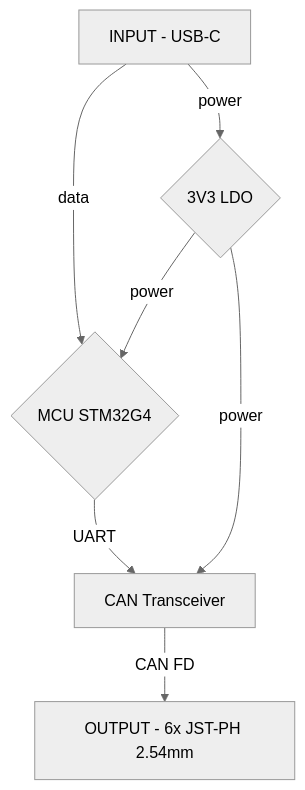
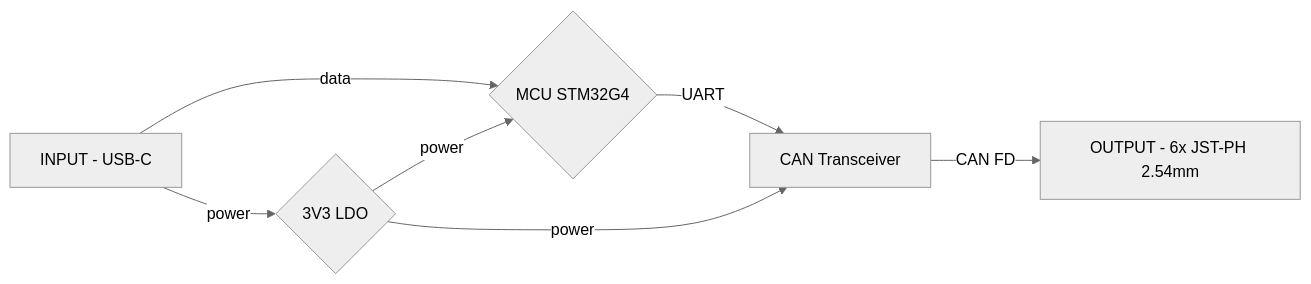
The first of 2 diagrams in notes/1. Projects/CUPI/HEXAPOD USB-to-CAN V2.md (syntonos/wiki), drawn with Mermaid (neutral theme) before and after one commit. The commit also changed 1 other file, not shown here.

````diff
--- a/notes/1. Projects/CUPI/HEXAPOD USB-to-CAN V2.md
+++ b/notes/1. Projects/CUPI/HEXAPOD USB-to-CAN V2.md
@@ -29,10 +29,10 @@
 ```mermaid
-flowchart TD
+flowchart LR
     A[INPUT - USB-C] --data--> B{MCU STM32G4}
     A --power--> C{3V3 LDO}
     C --power--> B 
     C --power--> D
     B --UART--> D[CAN Transceiver]
     D --CAN FD--> E[OUTPUT - 6x JST-PH 2.54mm]
 
 ```
````
